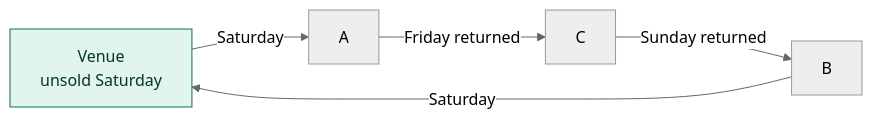
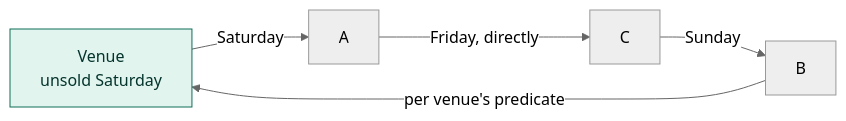
The sixth of 26 diagrams in README.md (angelphoon7/online2026), drawn with Mermaid (neutral theme) before and after one commit. The commit also changed other lines of this file and 6 other files, not shown here.

````diff
--- a/README.md
+++ b/README.md
@@ -159,10 +176,10 @@
 ```mermaid
 flowchart LR
     V["Venue<br/>unsold Saturday"] -->|"Saturday"| A["A"]
-    A -->|"Friday returned"| C["C"]
-    C -->|"Sunday returned"| B["B"]
-    B -->|"Saturday"| V
+    A -->|"Friday, directly"| C["C"]
+    C -->|"Sunday"| B["B"]
+    B -->|"per venue's predicate"| V
 
     classDef ok fill:#E1F5EE,stroke:#0F6E56,stroke-width:1px,color:#04342C
     class V ok
 ```
````
